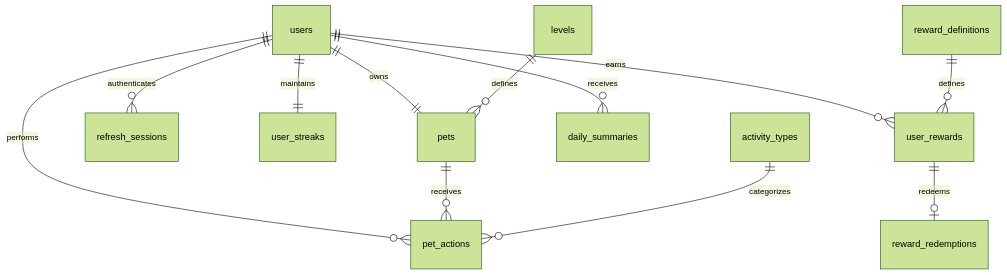
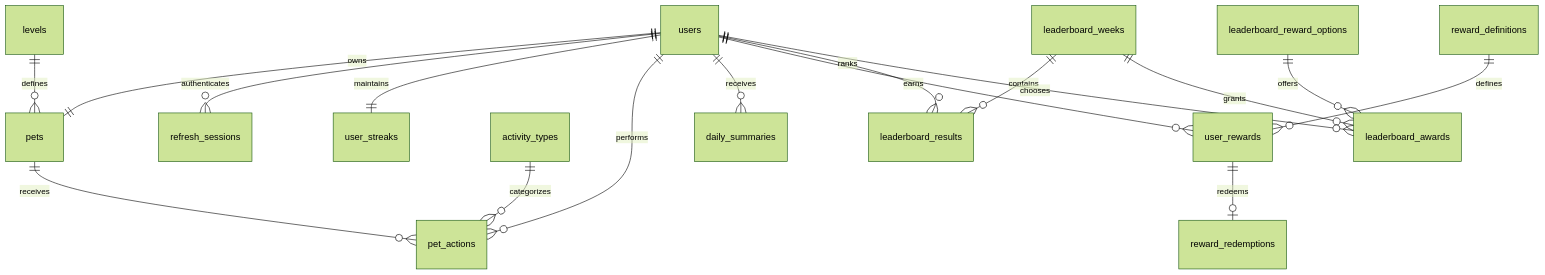
The diagram in backend/docs/database.md (AvitoCodeLab20/case-1-tamagotchi), drawn with Mermaid (forest theme) before and after one commit. The commit also changed other lines of this file and 20 other files, not shown here.

````diff
--- a/backend/docs/database.md
+++ b/backend/docs/database.md
@@ -11,14 +11,19 @@
 ```mermaid
 erDiagram
     users ||--|| pets : owns
     users ||--o{ refresh_sessions : authenticates
     users ||--|| user_streaks : maintains
     users ||--o{ pet_actions : performs
     pets ||--o{ pet_actions : receives
     levels ||--o{ pets : defines
     activity_types ||--o{ pet_actions : categorizes
     users ||--o{ daily_summaries : receives
     users ||--o{ user_rewards : earns
     reward_definitions ||--o{ user_rewards : defines
     user_rewards ||--o| reward_redemptions : redeems
+    leaderboard_weeks ||--o{ leaderboard_results : contains
+    users ||--o{ leaderboard_results : ranks
+    leaderboard_weeks ||--o{ leaderboard_awards : grants
+    users ||--o{ leaderboard_awards : chooses
+    leaderboard_reward_options ||--o{ leaderboard_awards : offers
 ```
````
